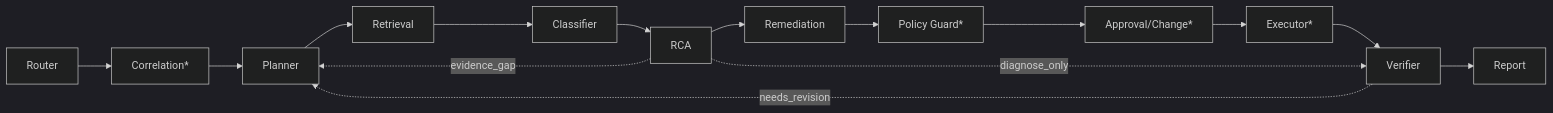
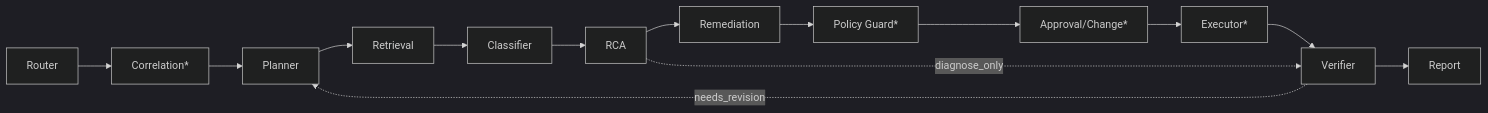
Before and after one commit to cloud-team2/bifrost: the second of 3 diagrams in docs/design/backend-fastapi/overview.md, drawn with Mermaid (dark theme). The commit also changed other lines of this file and 23 other files, not shown here.

````diff
--- a/docs/design/backend-fastapi/overview.md
+++ b/docs/design/backend-fastapi/overview.md
@@ -65,10 +48,7 @@
 ```mermaid
 flowchart LR
-    R[Router] --> Co[Correlation*]
-    Co --> P[Planner] --> Re[Retrieval] --> C[Classifier] --> RCA
-    RCA --> Rem[Remediation] --> PG[Policy Guard*]
-    PG --> AG[Approval/Change*] --> Ex[Executor*] --> V[Verifier] --> Rep[Report]
+    R[Router] --> Co[Correlation*] --> P[Planner] --> Re[Retrieval] --> C[Classifier] --> RCA
+    RCA --> Rem[Remediation] --> PG[Policy Guard*] --> AG[Approval/Change*] --> Ex[Executor*] --> V[Verifier] --> Rep[Report]
     RCA -.diagnose_only.-> V
     V -.needs_revision.-> P
-    RCA -.evidence_gap.-> P
 ```
````
